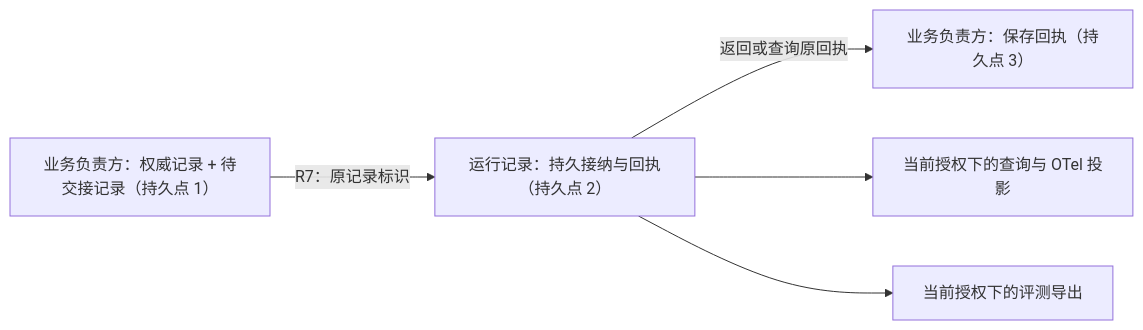
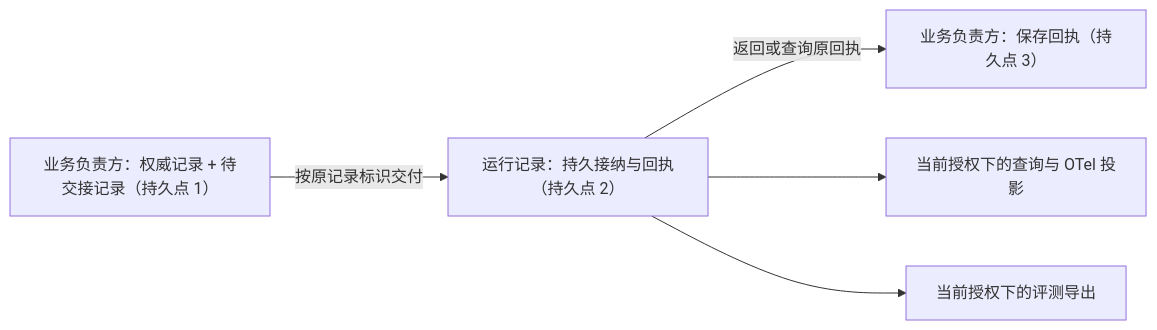
One commit to ruipengliu/lerna changed the diagram in docs/architecture/core/trace/README.md. Above: the diagram before and after it, drawn with Mermaid. The commit also changed other lines of this file and 48 other files, not shown here.

Commit message:
docs: clarify architecture contracts and diagrams

````diff
--- a/docs/architecture/core/trace/README.md
+++ b/docs/architecture/core/trace/README.md
@@ -149,7 +152,7 @@
 ```mermaid
 flowchart LR
-    A["业务负责方：权威记录 + 待交接记录（持久点 1）"] -->|"R7：原记录标识"| B["运行记录：持久接纳与回执（持久点 2）"]
+    A["业务负责方：权威记录 + 待交接记录（持久点 1）"] -->|"按原记录标识交付"| B["运行记录：持久接纳与回执（持久点 2）"]
     B -->|"返回或查询原回执"| C["业务负责方：保存回执（持久点 3）"]
     B --> D["当前授权下的查询与 OTel 投影"]
     B --> E["当前授权下的评测导出"]
 ```
````
